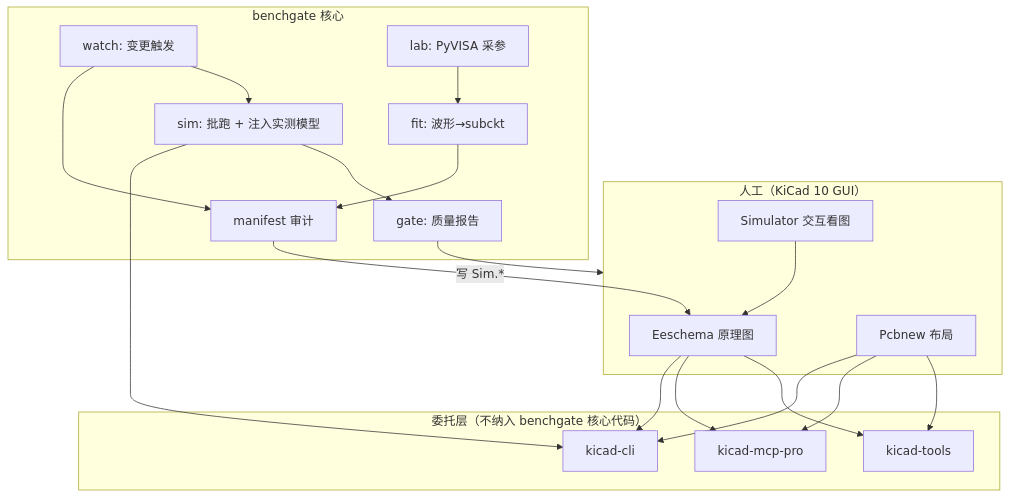
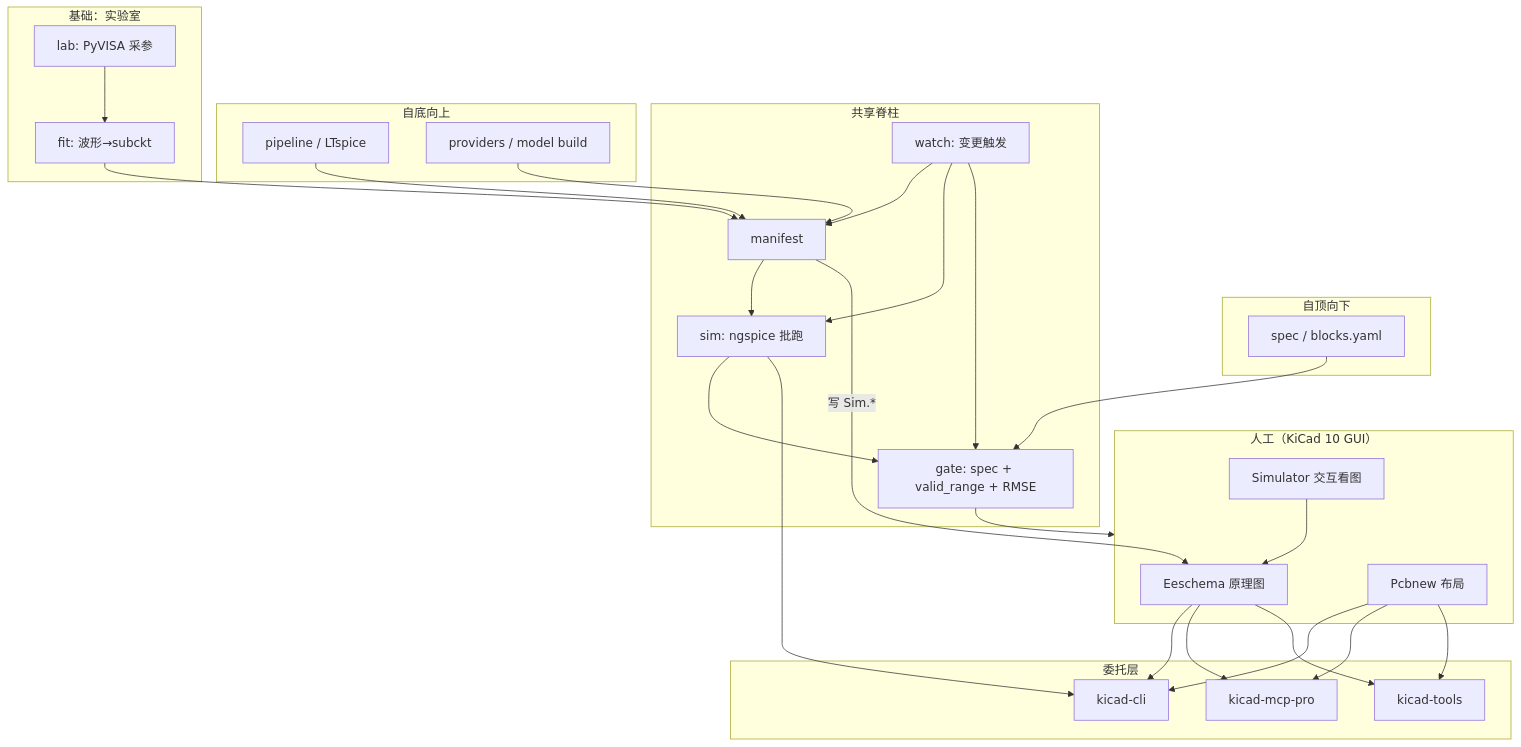
The diagram in docs/MINIMUM_SCOPE.md (zhang1career/benchgate), drawn with Mermaid before and after one commit. The commit also changed other lines of this file and 30 other files, not shown here.

````diff
--- a/docs/MINIMUM_SCOPE.md
+++ b/docs/MINIMUM_SCOPE.md
@@ -15,32 +28,46 @@
 ```mermaid
 flowchart TB
   subgraph human ["人工（KiCad 10 GUI）"]
     SCH[Eeschema 原理图]
     PCB[Pcbnew 布局]
     SIM_GUI[Simulator 交互看图]
   end
 
-  subgraph delegate ["委托层（不纳入 benchgate 核心代码）"]
+  subgraph delegate ["委托层"]
     CLI[kicad-cli]
     MCP[kicad-mcp-pro]
     KCT[kicad-tools]
   end
 
-  subgraph benchgate ["benchgate 核心"]
+  subgraph topdown ["自顶向下"]
+    SPEC["spec / blocks.yaml"]
+  end
+
+  subgraph spine ["共享脊柱"]
     WATCH[watch: 变更触发]
-    MAN[manifest 审计]
+    MAN[manifest]
+    SIM[sim: ngspice 批跑]
+    GATE[gate: spec + valid_range + RMSE]
+  end
+
+  subgraph bottomup ["自底向上"]
+    PIPE[pipeline / LTspice]
+    PROV[providers / model build]
+  end
+
+  subgraph foundation ["基础：实验室"]
     LAB[lab: PyVISA 采参]
     FIT[fit: 波形→subckt]
-    SIM[sim: 批跑 + 注入实测模型]
-    GATE[gate: 质量报告]
   end
 
+  SPEC --> GATE
+  LAB --> FIT --> MAN
+  PIPE & PROV --> MAN
+  MAN --> SIM --> GATE
+  GATE --> human
+  WATCH[watch: 变更触发] --> MAN & SIM & GATE
   SCH & PCB --> CLI & MCP & KCT
-  WATCH --> MAN & SIM
-  LAB --> FIT --> MAN
   MAN -->|"写 Sim.*"| SCH
   SIM --> CLI
-  SIM --> GATE
-  GATE --> human
   SIM_GUI --> SCH
 ```
````
